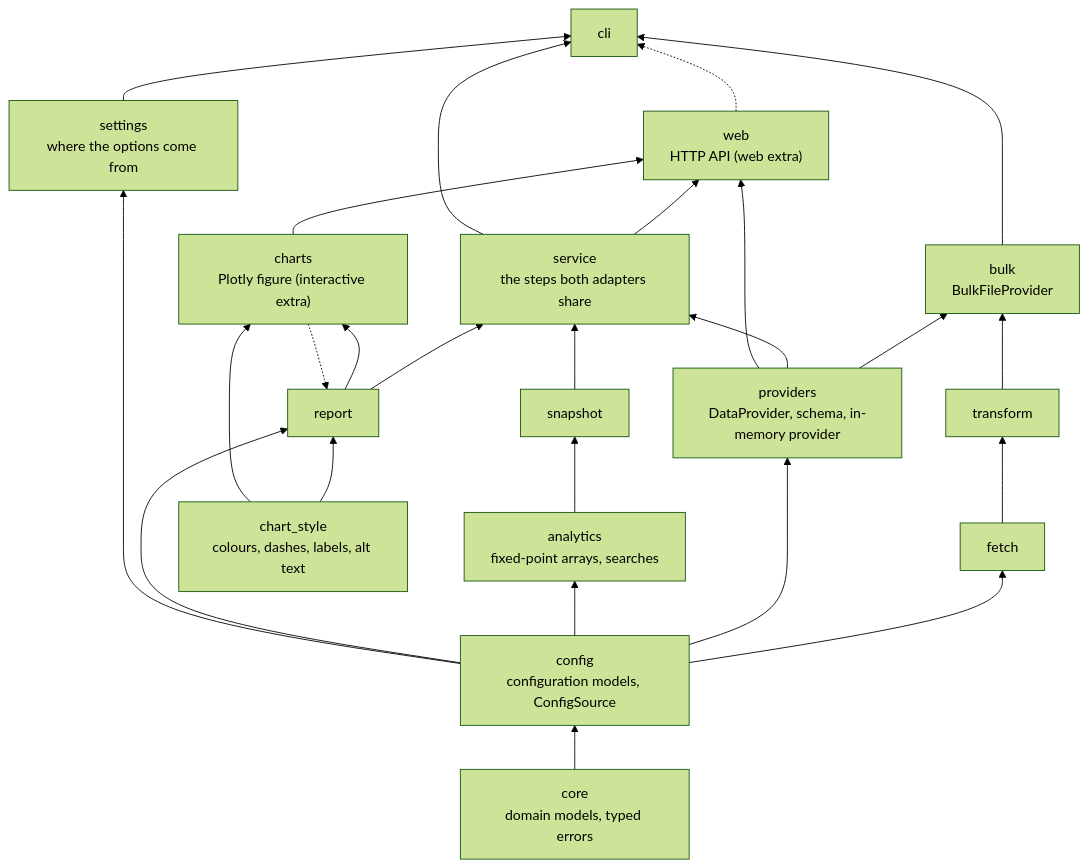
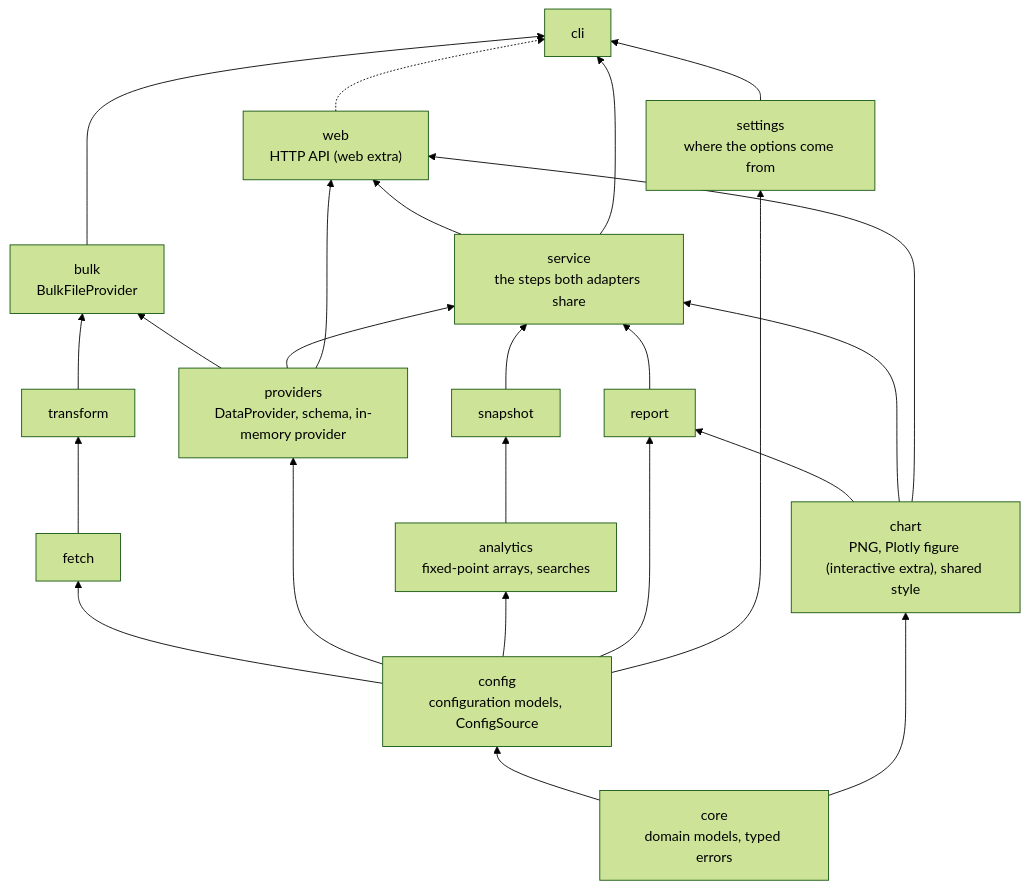
Before and after one commit to andrea-dm/policy-rate-monitor: the second of 3 diagrams in docs/architecture.md, drawn with Mermaid (forest theme). The commit also changed other lines of this file and 25 other files, not shown here.

Commit message:
refactor: move the charts into a chart subpackage and the report into a report subpackage

````diff
--- a/docs/architecture.md
+++ b/docs/architecture.md
@@ -33,43 +33,41 @@
 ```mermaid
 flowchart BT
     core["core<br/>domain models, typed errors"]
     config["config<br/>configuration models, ConfigSource"]
     fetch["fetch"]
     transform["transform"]
     providers["providers<br/>DataProvider, schema, in-memory provider"]
     bulk["bulk<br/>BulkFileProvider"]
     analytics["analytics<br/>fixed-point arrays, searches"]
     snapshot["snapshot"]
     report["report"]
     service["service<br/>the steps both adapters share"]
-    charts["charts<br/>Plotly figure (interactive extra)"]
-    chart_style["chart_style<br/>colours, dashes, labels, alt text"]
+    chart["chart<br/>PNG, Plotly figure (interactive extra), shared style"]
     web["web<br/>HTTP API (web extra)"]
     settings["settings<br/>where the options come from"]
     cli["cli"]
 
     core --> config
     config --> fetch
     config --> providers
     config --> analytics
     fetch --> transform
     transform --> bulk
     providers --> bulk
     analytics --> snapshot
     config --> report
-    chart_style --> report
-    chart_style --> charts
+    core --> chart
     providers --> service
     snapshot --> service
     report --> service
-    report --> charts
-    charts --> web
+    chart --> report
+    chart --> service
+    chart --> web
     service --> web
     providers --> web
     service --> cli
     bulk --> cli
     web -.-> cli
-    charts -.-> report
     config --> settings
     settings --> cli
 ```
````
